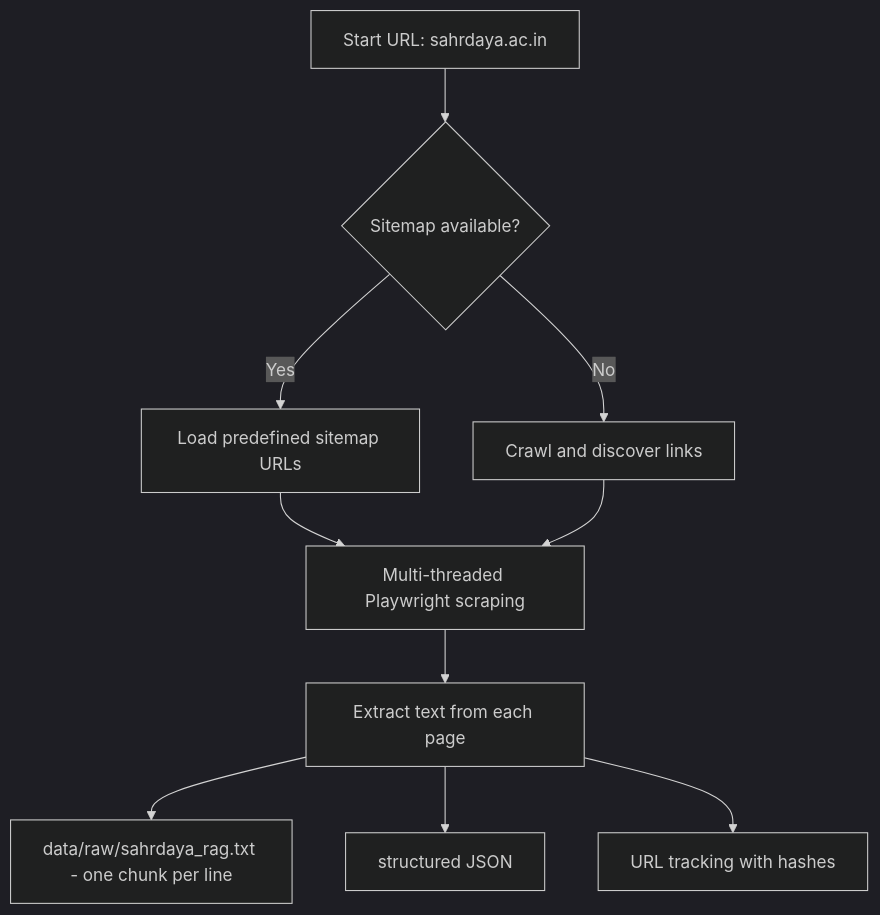
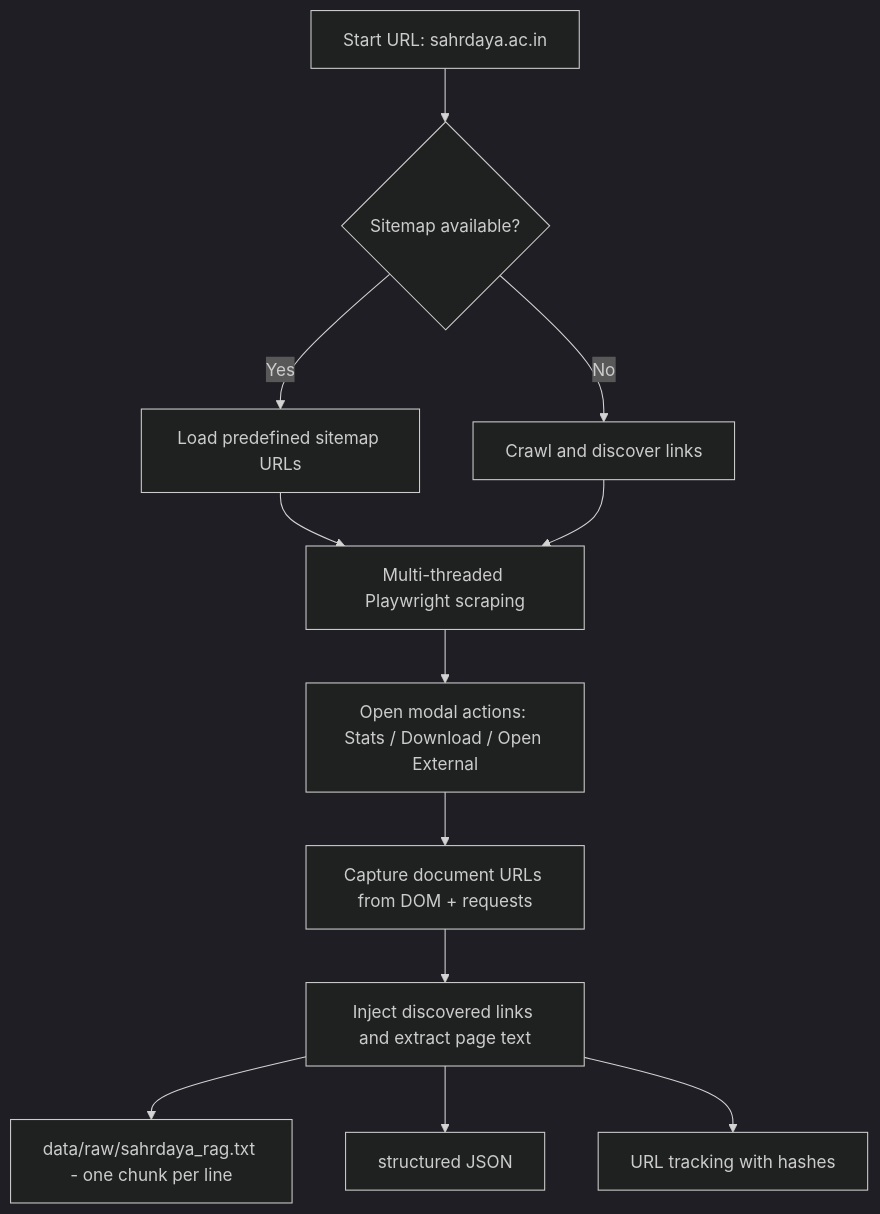
The second of 17 diagrams in docs/WORKING.md (arxhr007/sahrdaya_ragx), drawn with Mermaid (dark theme) before and after one commit. The commit also changed other lines of this file and 1 other file, not shown here.

Commit message:
feat: enhance scraper to capture modal-driven PDF links and update documentation

````diff
--- a/docs/WORKING.md
+++ b/docs/WORKING.md
@@ -59,12 +60,14 @@
 ```mermaid
 flowchart TD
     A[Start URL: sahrdaya.ac.in] --> B{Sitemap available?}
     B -->|Yes| C[Load predefined sitemap URLs]
     B -->|No| D[Crawl and discover links]
     C --> E[Multi-threaded Playwright scraping]
     D --> E
-    E --> F[Extract text from each page]
+  E --> P[Open modal actions: Stats / Download / Open External]
+  P --> Q[Capture document URLs from DOM + requests]
+  Q --> F[Inject discovered links and extract page text]
     F --> G[data/raw/sahrdaya_rag.txt - one chunk per line]
     F --> H[structured JSON]
     F --> I[URL tracking with hashes]
 ```
````
